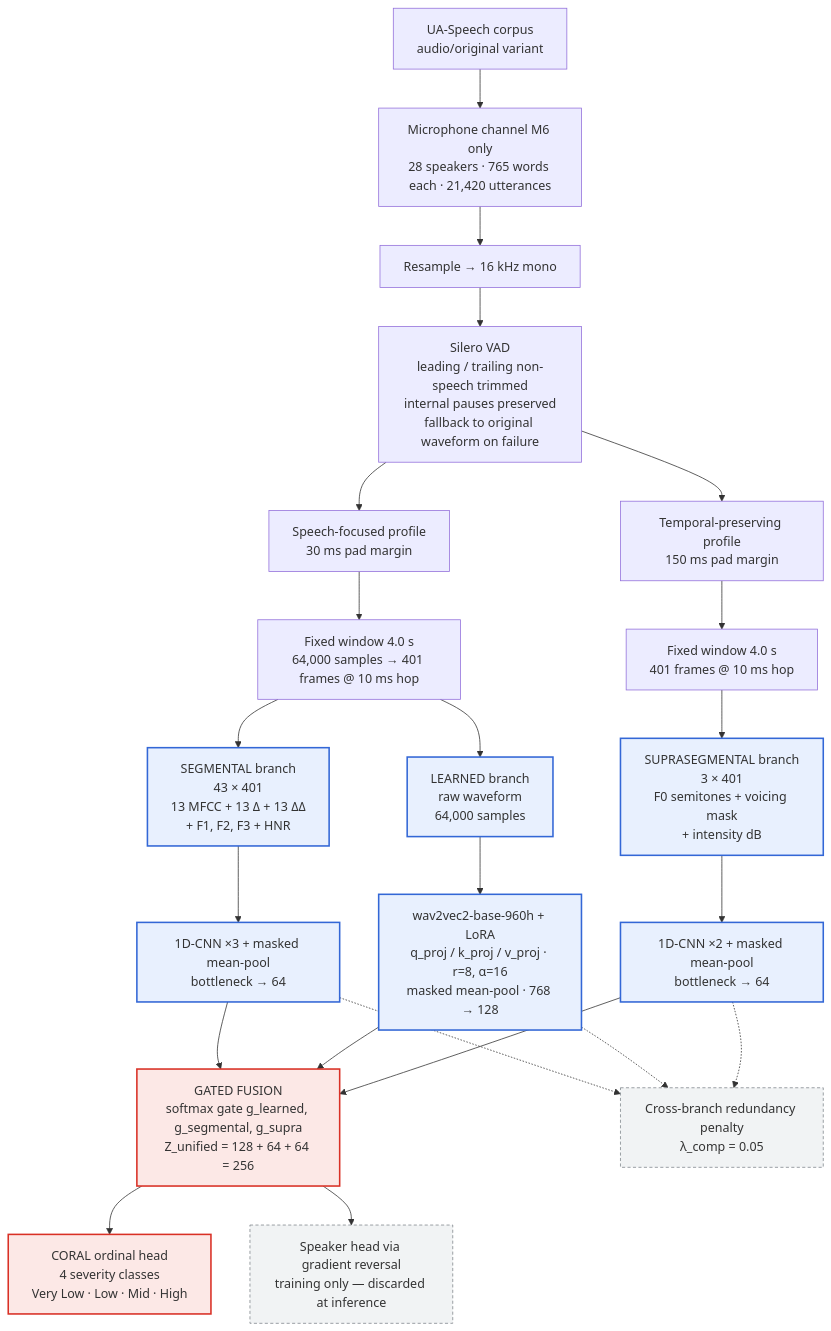
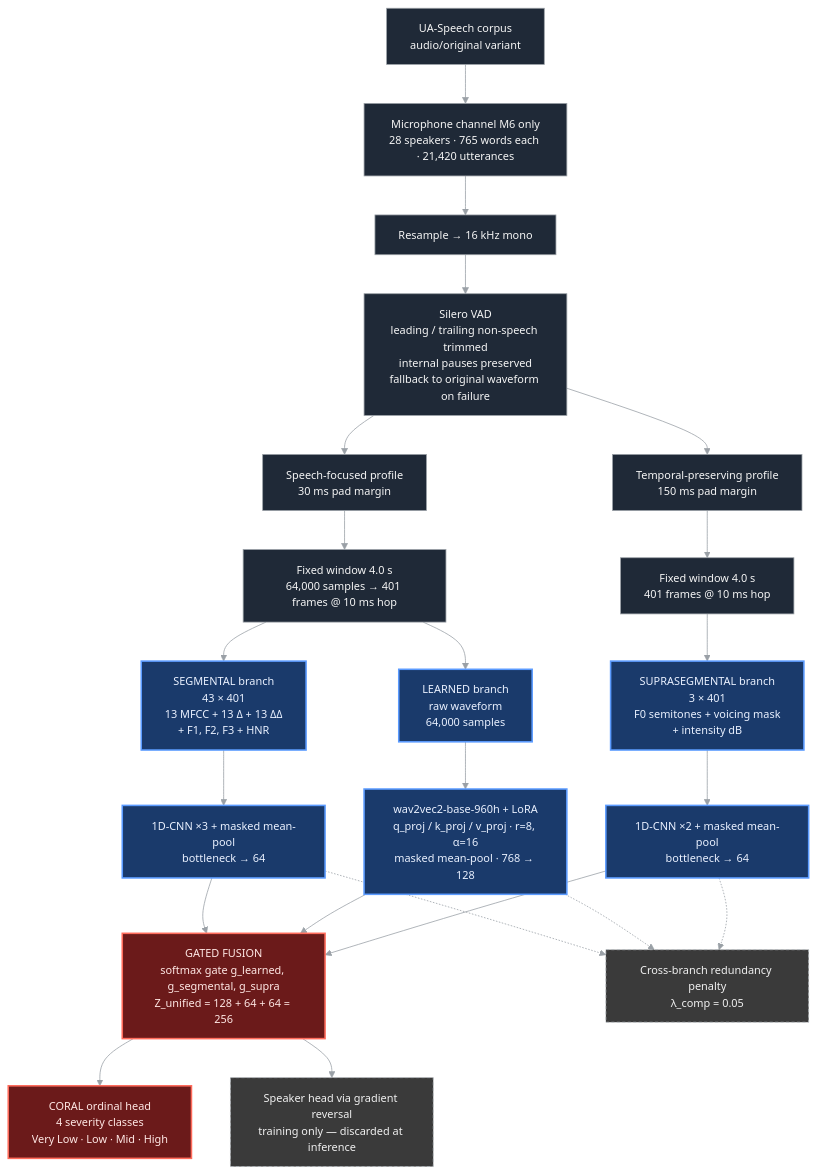
The diagram in README.md (Surya-Hariharan/Acoustic-Aware-Fusion-Architecture-for-Dysarthria-Classification), drawn with Mermaid before and after one commit. The commit also changed other lines of this file and 1 other file, not shown here.

````diff
--- a/README.md
+++ b/README.md
@@ -37,57 +37,58 @@
 ```mermaid
+%%{init: {"theme": "base", "themeVariables": {"primaryColor": "#1f2937", "primaryTextColor": "#f5f5f5", "primaryBorderColor": "#9aa0a6", "lineColor": "#9aa0a6", "fontSize": "14px"}}}%%
 flowchart TD
     UA["UA-Speech corpus<br/>audio/original variant"]
     MIC["Microphone channel M6 only<br/>28 speakers · 765 words each · 21,420 utterances"]
     RS["Resample → 16 kHz mono"]
     VAD["Silero VAD<br/>leading / trailing non-speech trimmed<br/>internal pauses preserved<br/>fallback to original waveform on failure"]
 
     UA --> MIC --> RS --> VAD
 
     P1["Speech-focused profile<br/>30 ms pad margin"]
     P2["Temporal-preserving profile<br/>150 ms pad margin"]
     VAD --> P1
     VAD --> P2
 
     W1["Fixed window 4.0 s<br/>64,000 samples → 401 frames @ 10 ms hop"]
     W2["Fixed window 4.0 s<br/>401 frames @ 10 ms hop"]
     P1 --> W1
     P2 --> W2
 
     SEG["SEGMENTAL branch<br/>43 × 401<br/>13 MFCC + 13 Δ + 13 ΔΔ<br/>+ F1, F2, F3 + HNR"]
     LRN["LEARNED branch<br/>raw waveform<br/>64,000 samples"]
     SUP["SUPRASEGMENTAL branch<br/>3 × 401<br/>F0 semitones + voicing mask<br/>+ intensity dB"]
 
     W1 --> SEG
     W1 --> LRN
     W2 --> SUP
 
     ESEG["1D-CNN ×3 + masked mean-pool<br/>bottleneck → 64"]
     ELRN["wav2vec2-base-960h + LoRA<br/>q_proj / k_proj / v_proj · r=8, α=16<br/>masked mean-pool · 768 → 128"]
     ESUP["1D-CNN ×2 + masked mean-pool<br/>bottleneck → 64"]
 
     SEG --> ESEG
     LRN --> ELRN
     SUP --> ESUP
 
     GATE["GATED FUSION<br/>softmax gate g_learned, g_segmental, g_supra<br/>Z_unified = 128 + 64 + 64 = 256"]
     ESEG --> GATE
     ELRN --> GATE
     ESUP --> GATE
 
     HEAD["CORAL ordinal head<br/>4 severity classes<br/>Very Low · Low · Mid · High"]
     SPK["Speaker head via gradient reversal<br/>training only — discarded at inference"]
     RED["Cross-branch redundancy penalty<br/>λ_comp = 0.05"]
 
     GATE --> HEAD
     GATE --> SPK
     ESEG -.-> RED
     ELRN -.-> RED
     ESUP -.-> RED
 
-    classDef branch fill:#e8f0fe,stroke:#3367d6,stroke-width:2px
-    classDef fusion fill:#fce8e6,stroke:#d93025,stroke-width:2px
-    classDef aux fill:#f1f3f4,stroke:#80868b,stroke-dasharray:4 3
+    classDef branch fill:#1a3a6b,stroke:#5b9bff,stroke-width:2px,color:#eaf1ff
+    classDef fusion fill:#6b1a1a,stroke:#ff6b5b,stroke-width:2px,color:#ffe8e5
+    classDef aux fill:#3a3a3a,stroke:#b0b6bb,stroke-dasharray:4 3,color:#f0f0f0
     class SEG,LRN,SUP,ESEG,ELRN,ESUP branch
     class GATE,HEAD fusion
     class SPK,RED aux
 ```
````
